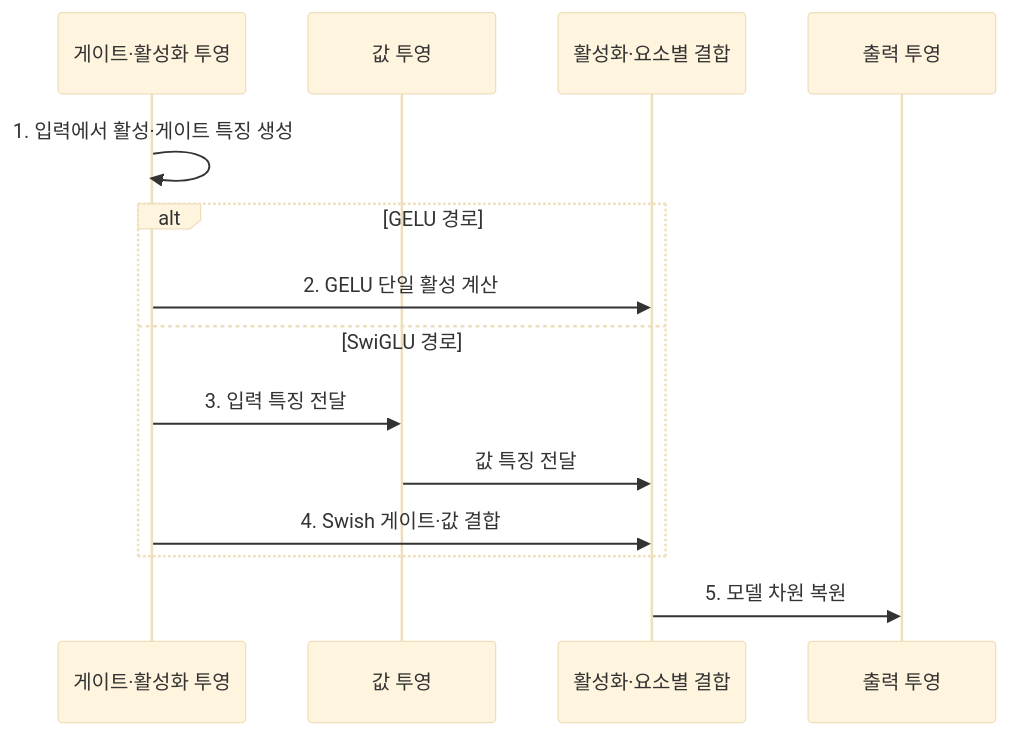
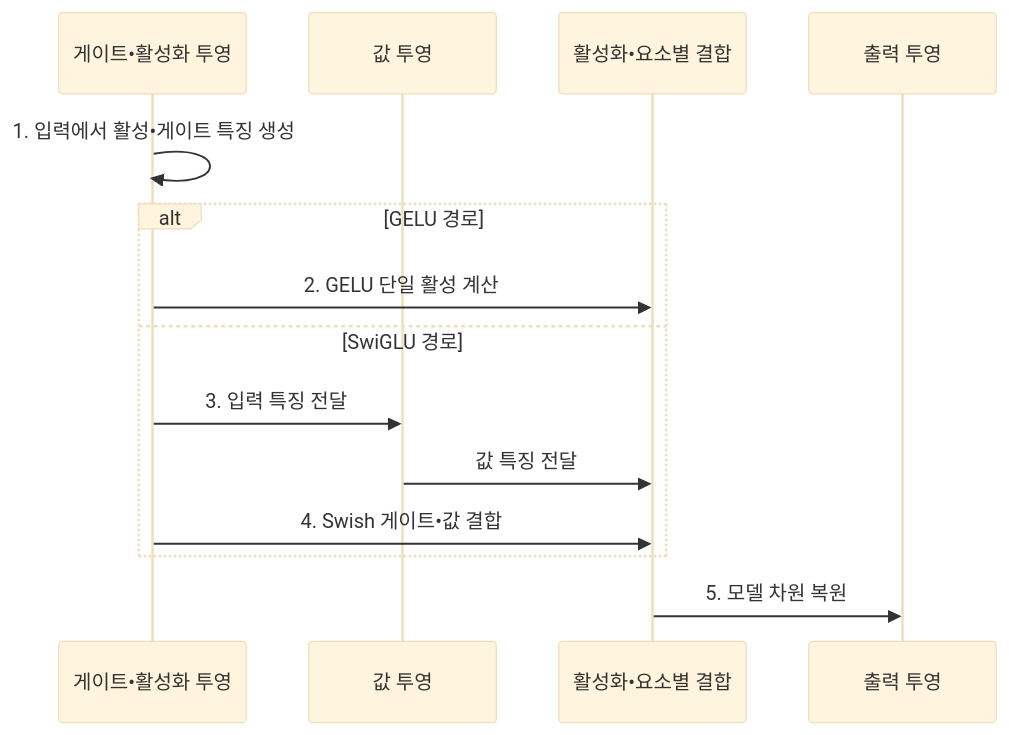
One commit to agnusdei1207/knowledge-base changed the second of 2 diagrams in src/content/docs/notes/08-latest-tech/226_swiglu_vs_gelu_activation.md. Above: the diagram before and after it, drawn with Mermaid (base theme). The commit also changed other lines of this file and 953 other files, not shown here.

````diff
--- a/src/content/docs/notes/08-latest-tech/226_swiglu_vs_gelu_activation.md
+++ b/src/content/docs/notes/08-latest-tech/226_swiglu_vs_gelu_activation.md
@@ -101,16 +101,16 @@
 ```mermaid
 sequenceDiagram
-    participant G as 게이트·활성화 투영
+    participant G as 게이트•활성화 투영
   participant V as 값 투영
-  participant C as 활성화·요소별 결합
+  participant C as 활성화•요소별 결합
   participant O as 출력 투영
-    G->>G: 1. 입력에서 활성·게이트 특징 생성
+    G->>G: 1. 입력에서 활성•게이트 특징 생성
   alt GELU 경로
     G->>C: 2. GELU 단일 활성 계산
   else SwiGLU 경로
     G->>V: 3. 입력 특징 전달
     V->>C: 값 특징 전달
-    G->>C: 4. Swish 게이트·값 결합
+    G->>C: 4. Swish 게이트•값 결합
   end
   C->>O: 5. 모델 차원 복원
 ```
````
